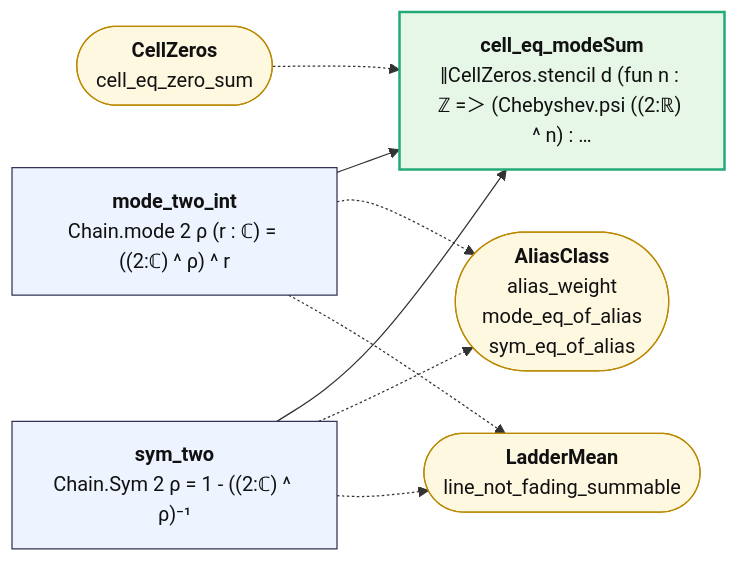
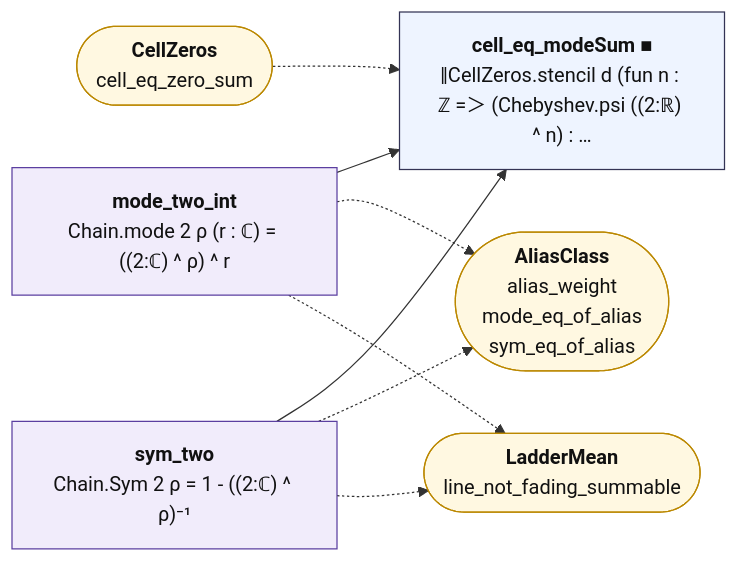
One commit to juliansambranojr/Primebeat_081426 changed the diagram in map/lean_stage3/CellModes.md. Above: the diagram before and after it, drawn with Mermaid. The commit also changed other lines of this file and 398 other files, not shown here.

````diff
--- a/map/lean_stage3/CellModes.md
+++ b/map/lean_stage3/CellModes.md
@@ -12,21 +12,24 @@
 ```mermaid
 flowchart LR
-  n0["<b>mode_two_int</b><br/>Chain.mode 2 ρ (r : ℂ) = ((2:ℂ) ^ ρ) ^ r"]:::thm
-  n1["<b>sym_two</b><br/>Chain.Sym 2 ρ = 1 - ((2:ℂ) ^ ρ)⁻¹"]:::thm
-  n2["<b>cell_eq_modeSum</b><br/>‖CellZeros.stencil d (fun n : ℤ =＞ (Chebyshev.psi ((2:ℝ) ^ n) : …"]:::end_
+  n0["<b>mode_two_int</b><br/>Chain.mode 2 ρ (r : ℂ) = ((2:ℂ) ^ ρ) ^ r"]:::shp
+  n1["<b>sym_two</b><br/>Chain.Sym 2 ρ = 1 - ((2:ℂ) ^ ρ)⁻¹"]:::shp
+  n2["<b>cell_eq_modeSum ■</b><br/>‖CellZeros.stencil d (fun n : ℤ =＞ (Chebyshev.psi ((2:ℝ) ^ n) : …"]:::thm
   x0(["<b>AliasClass</b><br/>alias_weight<br/>mode_eq_of_alias<br/>sym_eq_of_alias"]):::ext
   x1(["<b>LadderMean</b><br/>line_not_fading_summable"]):::ext
   x2(["<b>CellZeros</b><br/>cell_eq_zero_sum"]):::ext
   n0 --> n2
   n1 --> n2
   n0 -.-> x0
   n0 -.-> x1
   n1 -.-> x0
   n1 -.-> x1
   x2 -.-> n2
+  classDef cnt fill:#dff5ec,stroke:#17694a,color:#111
+  classDef shp fill:#f1ecfb,stroke:#5b3fa0,color:#111
+  classDef rh fill:#ffe5e5,stroke:#c22,color:#111,stroke-width:2px
   classDef thm fill:#eef4ff,stroke:#335,color:#111
   classDef end_ fill:#e7f7e7,stroke:#2a7,color:#111,stroke-width:2px
   classDef lone fill:#fff,stroke:#999,color:#111,stroke-dasharray:4 3
   classDef bad fill:#ffe5e5,stroke:#c22,color:#111,stroke-width:2px
   classDef ext fill:#fff8e1,stroke:#b80,color:#111
 ```
````
